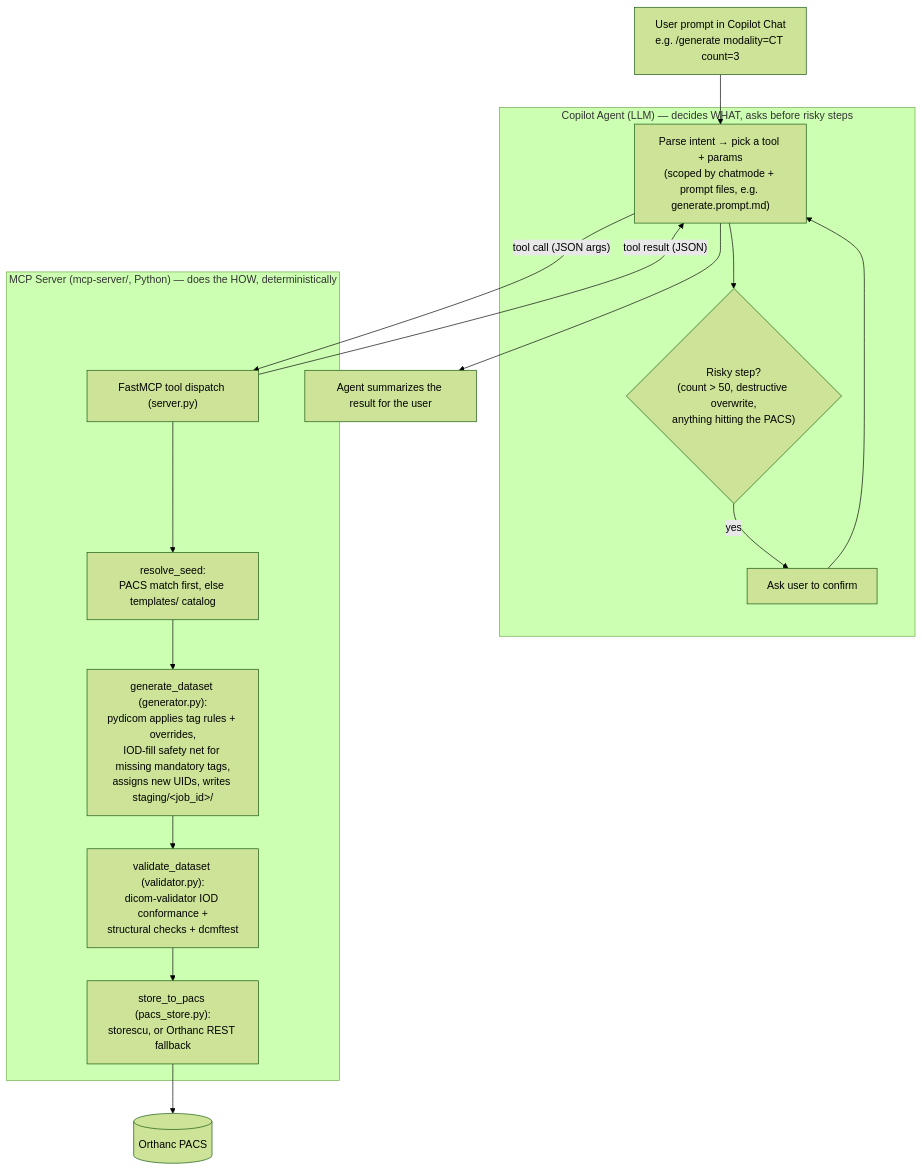
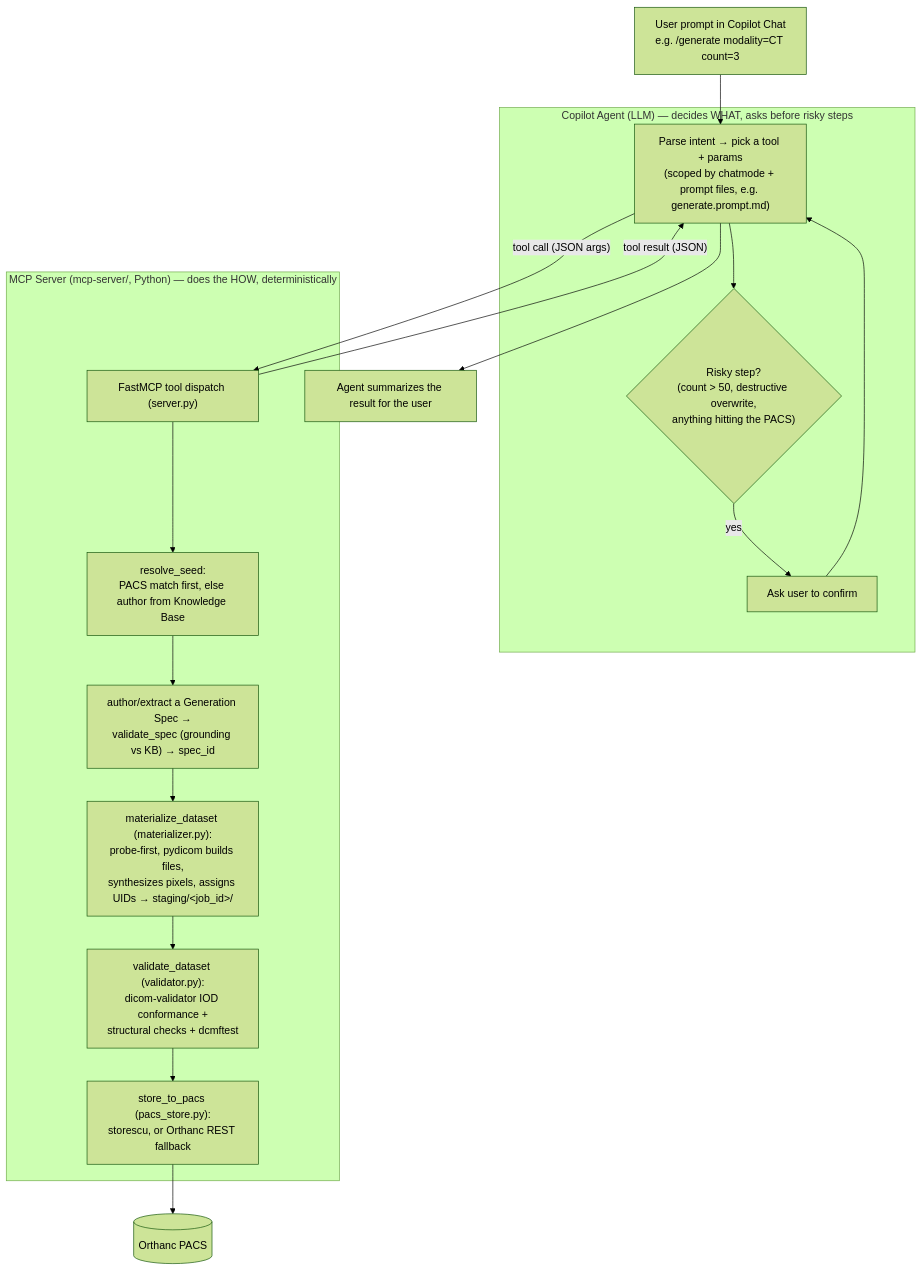
One commit to CT-Hackcelerate/PixelAtlas changed the diagram in README.md. Above: the diagram before and after it, drawn with Mermaid (forest theme). The commit also changed other lines of this file and 11 other files, not shown here.

````diff
--- a/README.md
+++ b/README.md
@@ -11,24 +11,25 @@
 ```mermaid
 flowchart TD
     U["User prompt in Copilot Chat<br/>e.g. /generate modality=CT count=3"] --> A
 
     subgraph Agent["Copilot Agent (LLM) — decides WHAT, asks before risky steps"]
         A["Parse intent → pick a tool + params<br/>(scoped by chatmode + prompt files, e.g. generate.prompt.md)"]
         A --> Cfm{"Risky step?<br/>(count &gt; 50, destructive overwrite,<br/>anything hitting the PACS)"}
         Cfm -- yes --> Ask["Ask user to confirm"] --> A
     end
 
     A -- "tool call (JSON args)" --> M
 
     subgraph MCP["MCP Server (mcp-server/, Python) — does the HOW, deterministically"]
         M["FastMCP tool dispatch (server.py)"]
-        M --> Seed["resolve_seed:<br/>PACS match first, else templates/ catalog"]
-        Seed --> Gen["generate_dataset (generator.py):<br/>pydicom applies tag rules + overrides,<br/>IOD-fill safety net for missing mandatory tags,<br/>assigns new UIDs, writes staging/&lt;job_id&gt;/"]
+        M --> Seed["resolve_seed:<br/>PACS match first, else author from Knowledge Base"]
+        Seed --> Spec["author/extract a Generation Spec →<br/>validate_spec (grounding vs KB) → spec_id"]
+        Spec --> Gen["materialize_dataset (materializer.py):<br/>probe-first, pydicom builds files,<br/>synthesizes pixels, assigns UIDs → staging/&lt;job_id&gt;/"]
         Gen --> Val["validate_dataset (validator.py):<br/>dicom-validator IOD conformance +<br/>structural checks + dcmftest"]
         Val --> St["store_to_pacs (pacs_store.py):<br/>storescu, or Orthanc REST fallback"]
     end
 
     St --> Orthanc[("Orthanc PACS")]
     M -- "tool result (JSON)" --> A
     A --> Out["Agent summarizes the result for the user"]
 ```
````
